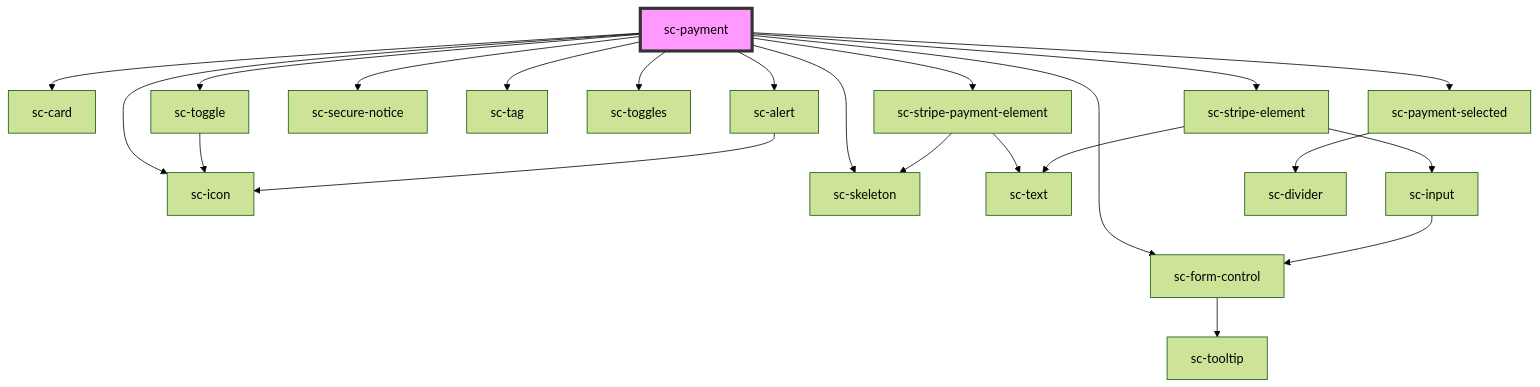
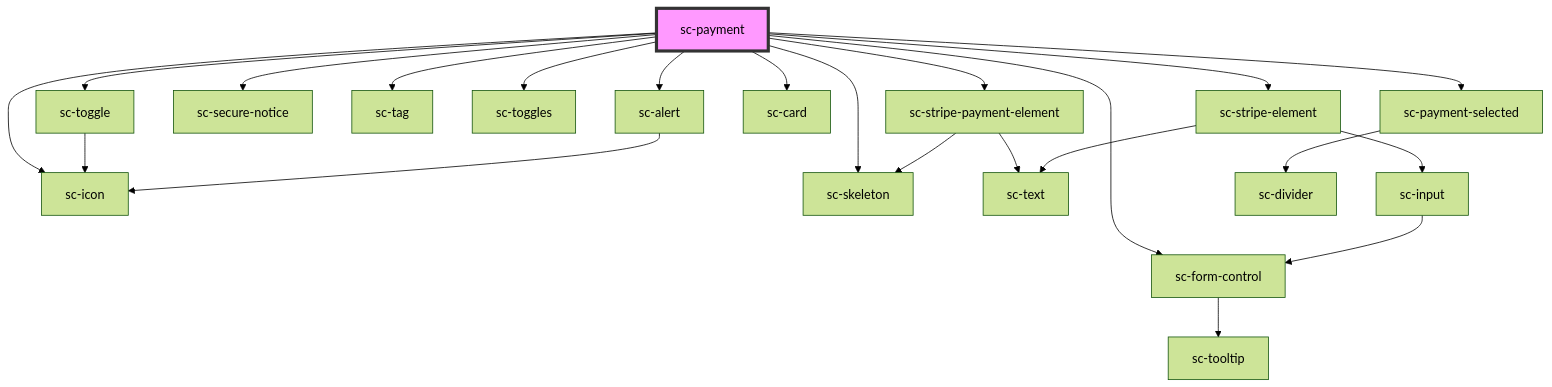
One commit to surecart/surecart-wp-plugin changed the diagram in packages/components/src/components/controllers/checkout-form/payment/readme.md. Above: the diagram before and after it, drawn with Mermaid (forest theme). The commit also changed other lines of this file and 22 other files, not shown here.

````diff
--- a/packages/components/src/components/controllers/checkout-form/payment/readme.md
+++ b/packages/components/src/components/controllers/checkout-form/payment/readme.md
@@ -54,25 +53,25 @@
 ```mermaid
 graph TD;
-  sc-payment --> sc-card
   sc-payment --> sc-stripe-payment-element
   sc-payment --> sc-stripe-element
   sc-payment --> sc-secure-notice
   sc-payment --> sc-tag
   sc-payment --> sc-form-control
   sc-payment --> sc-toggles
   sc-payment --> sc-toggle
   sc-payment --> sc-icon
+  sc-payment --> sc-card
   sc-payment --> sc-payment-selected
   sc-payment --> sc-skeleton
   sc-payment --> sc-alert
   sc-stripe-payment-element --> sc-text
   sc-stripe-payment-element --> sc-skeleton
   sc-stripe-element --> sc-input
   sc-stripe-element --> sc-text
   sc-input --> sc-form-control
   sc-form-control --> sc-tooltip
   sc-toggle --> sc-icon
   sc-payment-selected --> sc-divider
   sc-alert --> sc-icon
   style sc-payment fill:#f9f,stroke:#333,stroke-width:4px
 ```
````
